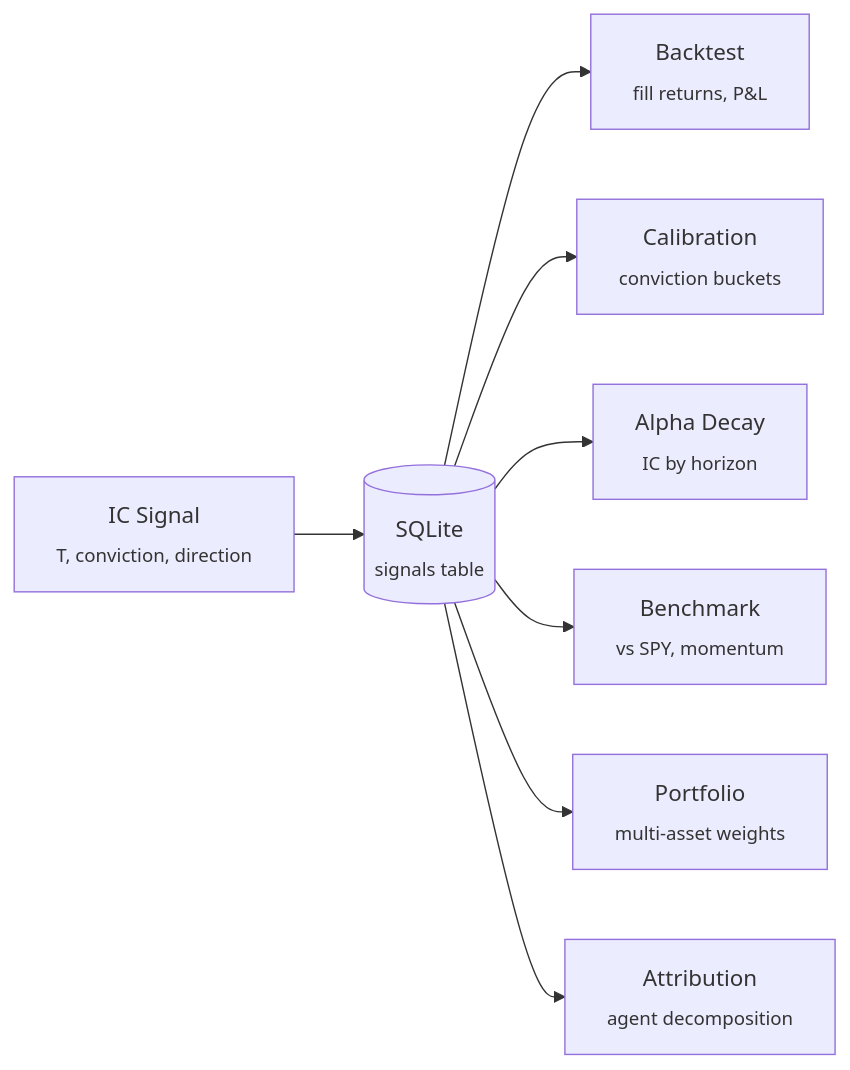
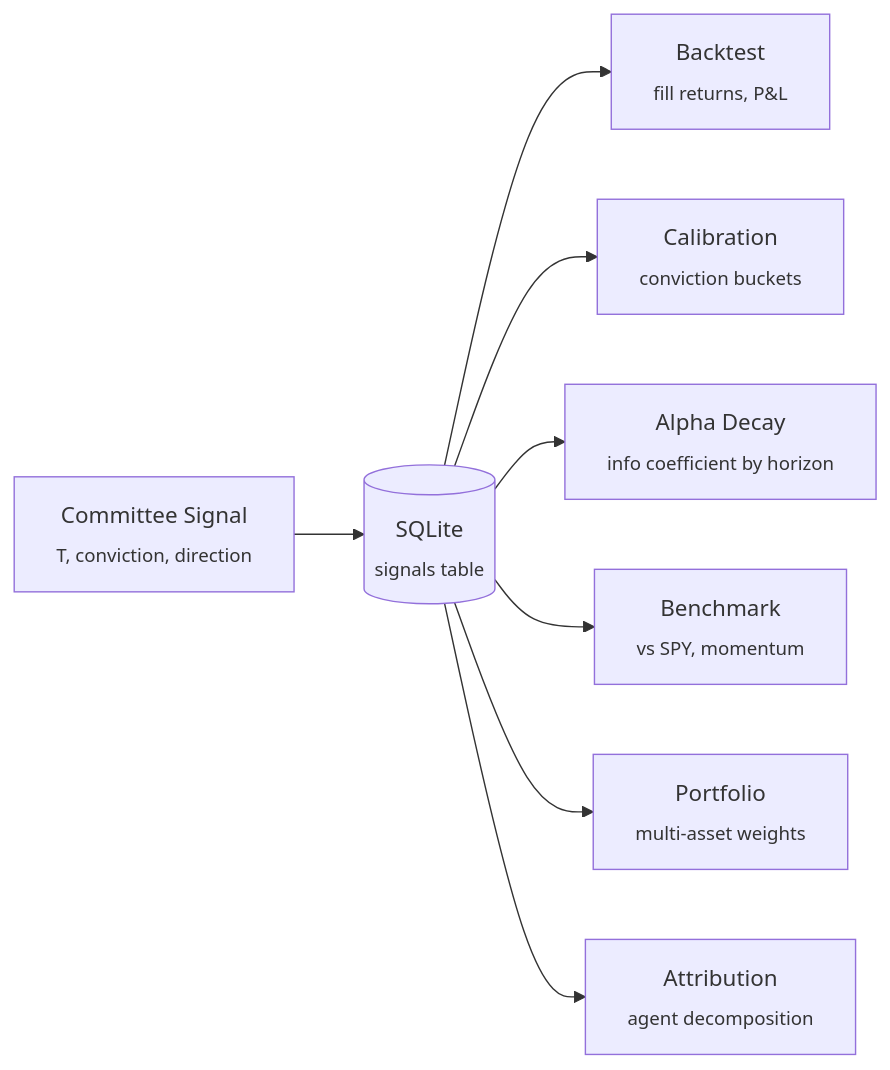
Before and after one commit to bdschi1/multi-agent-investment-committee: the fifth of 7 diagrams in README.md, drawn with Mermaid. The commit also changed other lines of this file and 39 other files, not shown here.

````diff
--- a/README.md
+++ b/README.md
@@ -248,10 +276,10 @@
 ```mermaid
 flowchart LR
-    SIG["IC Signal<br/><sub>T, conviction, direction</sub>"] --> DB[("SQLite<br/><sub>signals table</sub>")]
+    SIG["Committee Signal<br/><sub>T, conviction, direction</sub>"] --> DB[("SQLite<br/><sub>signals table</sub>")]
     DB --> BT["Backtest<br/><sub>fill returns, P&L</sub>"]
     DB --> CAL["Calibration<br/><sub>conviction buckets</sub>"]
-    DB --> AD["Alpha Decay<br/><sub>IC by horizon</sub>"]
+    DB --> AD["Alpha Decay<br/><sub>info coefficient by horizon</sub>"]
     DB --> BM["Benchmark<br/><sub>vs SPY, momentum</sub>"]
     DB --> PORT["Portfolio<br/><sub>multi-asset weights</sub>"]
     DB --> EXP["Attribution<br/><sub>agent decomposition</sub>"]
 ```
````
